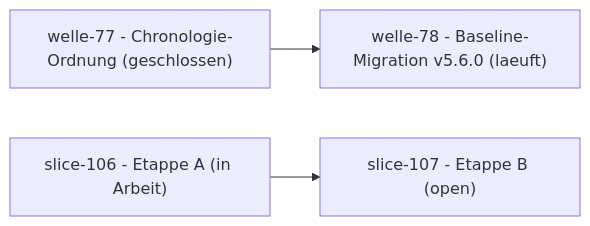
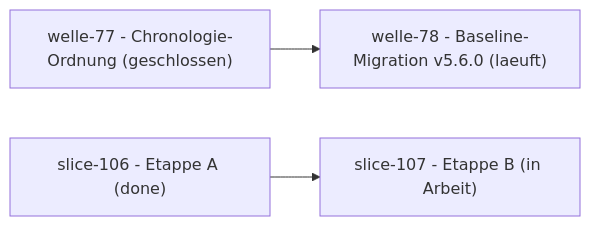
One commit to pt9912/d-check changed the diagram in docs/plan/planning/in-progress/roadmap.md. Above: the diagram before and after it, drawn with Mermaid. The commit also changed other lines of this file and 3 other files, not shown here.

First line of the commit message:
docs(plan): slice-106 nach done/, slice-107 eroeffnet — Etappe B laeuft (slice-106)

````diff
--- a/docs/plan/planning/in-progress/roadmap.md
+++ b/docs/plan/planning/in-progress/roadmap.md
@@ -52,9 +52,9 @@
 ```mermaid
 flowchart LR
     W77["welle-77 - Chronologie-Ordnung (geschlossen)"]
     W78["welle-78 - Baseline-Migration v5.6.0 (laeuft)"]
-    S106["slice-106 - Etappe A (in Arbeit)"]
-    S107["slice-107 - Etappe B (open)"]
+    S106["slice-106 - Etappe A (done)"]
+    S107["slice-107 - Etappe B (in Arbeit)"]
     W77 --> W78
     S106 --> S107
 ```
````
